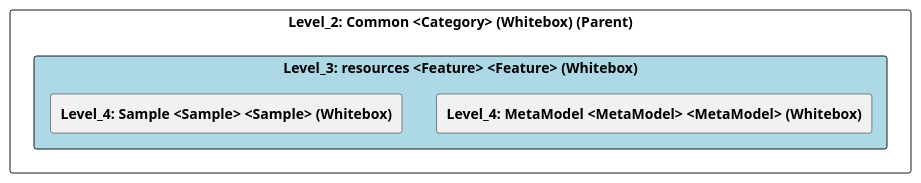
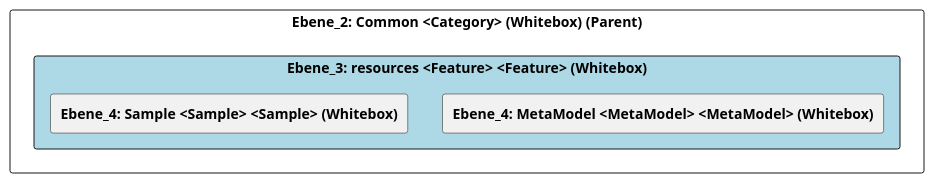
Before and after one commit to marcozwyssig/cleon: the diagram in doc/cleonproject_deliverables_architecture_model_architecture/adoc/de/05_bausteinsicht/cleon/common/resources/ebene_3_resources.adoc, drawn with PlantUML. The commit also changed other lines of this file and 258 other files, not shown here.

```diff
--- a/doc/cleonproject_deliverables_architecture_model_architecture/adoc/de/05_bausteinsicht/cleon/common/resources/ebene_3_resources.adoc
+++ b/doc/cleonproject_deliverables_architecture_model_architecture/adoc/de/05_bausteinsicht/cleon/common/resources/ebene_3_resources.adoc
@@ -24,25 +24,25 @@
-[plantuml, Level_3: resources <Feature> <Feature> (Whitebox)BlockOverview, format="svg"]
+[plantuml, Ebene_3: resources <Feature> <Feature> (Whitebox)BlockOverview, format="svg"]
 ----
-@startuml Level_3: resources <Feature> <Feature> (Whitebox)BuildingBlockOverview
+@startuml Ebene_3: resources <Feature> <Feature> (Whitebox)BuildingBlockOverview
 
 skinparam ranksep 10
 skinparam componentStyle rectangle
 skinparam shadowing false
 skinparam arrowColor lightblue
 skinparam arrowThickness 1.2
 skinparam rectangle {
   BackgroundColor White
   BorderColor #333
   RoundCorner 10
 }
 top to bottom direction
 
-component "Level_2: Common <Category> (Whitebox) (Parent)" {
-    component "Level_3: resources <Feature> <Feature> (Whitebox)" #lightblue {
-        [**Level_4: MetaModel <MetaModel> <MetaModel> (Whitebox)**] as 4A56DE3B_D579_11EE_903E_9F564E4DE07E
-        [**Level_4: Sample <Sample> <Sample> (Whitebox)**] as 4A570573_D579_11EE_903E_9F564E4DE07E
+component "Ebene_2: Common <Category> (Whitebox) (Parent)" {
+    component "Ebene_3: resources <Feature> <Feature> (Whitebox)" #lightblue {
+        [**Ebene_4: MetaModel <MetaModel> <MetaModel> (Whitebox)**] as 4A56DE3B_D579_11EE_903E_9F564E4DE07E
+        [**Ebene_4: Sample <Sample> <Sample> (Whitebox)**] as 4A570573_D579_11EE_903E_9F564E4DE07E
     }
 }
 
 @enduml
 ----
```
